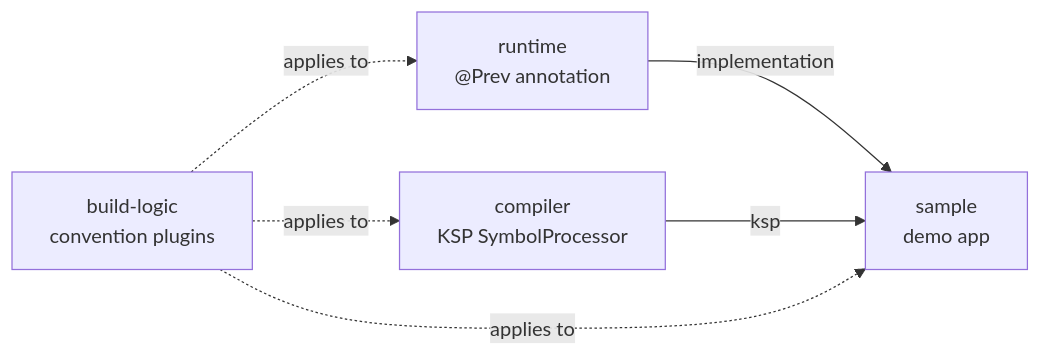
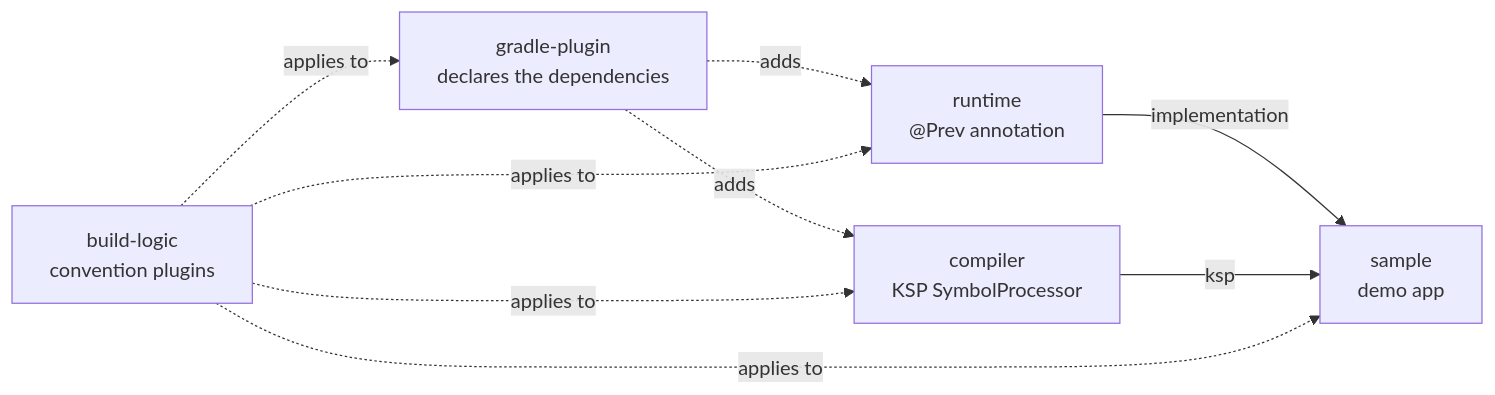
The diagram in docs/architecture.md (parkjiminnnn/PrevHam), drawn with Mermaid before and after one commit. The commit also changed other lines of this file and 6 other files, not shown here.

````diff
--- a/docs/architecture.md
+++ b/docs/architecture.md
@@ -18,8 +18,11 @@
 ```mermaid
 flowchart LR
     runtime["runtime<br/>@Prev annotation"] -->|implementation| sample
     compiler["compiler<br/>KSP SymbolProcessor"] -->|ksp| sample["sample<br/>demo app"]
+    gradle-plugin["gradle-plugin<br/>declares the dependencies"] -.->|adds| runtime
+    gradle-plugin -.->|adds| compiler
     build-logic["build-logic<br/>convention plugins"] -.->|applies to| runtime
     build-logic -.->|applies to| compiler
     build-logic -.->|applies to| sample
+    build-logic -.->|applies to| gradle-plugin
 ```
````
